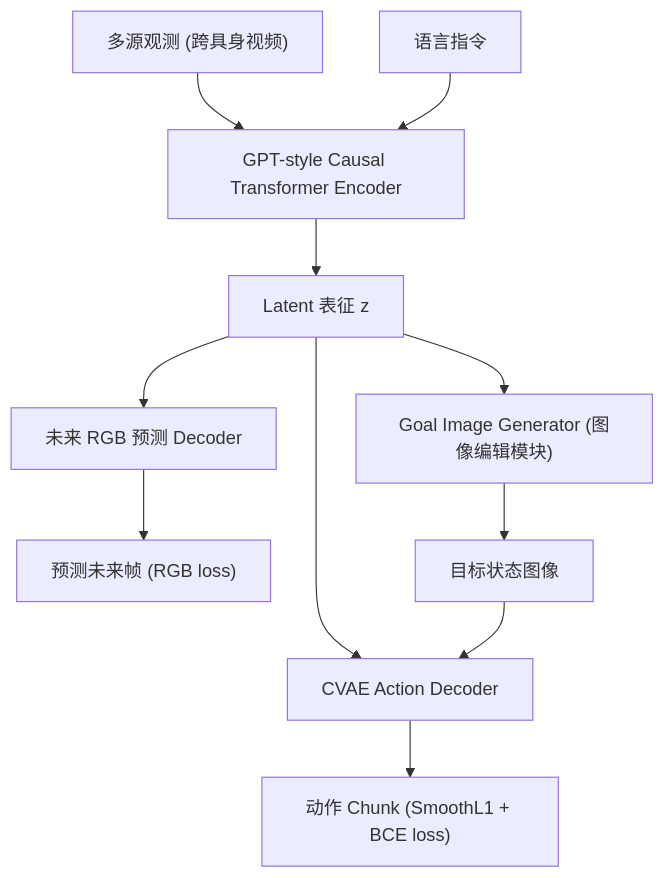
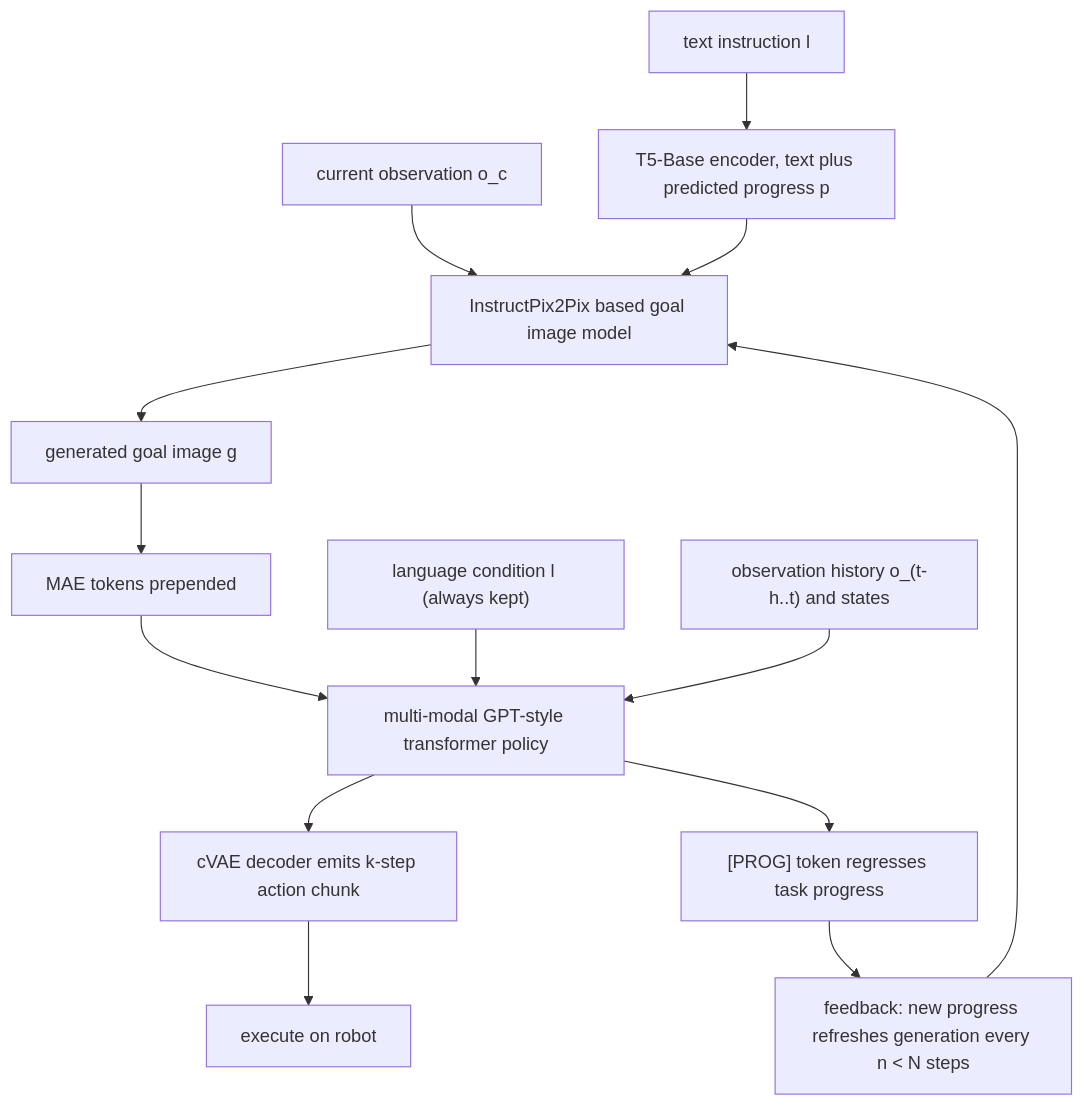
Before and after one commit to luohu-arch/physical_intelligence_study: the diagram in notes/world-model/gr-mg.md, drawn with Mermaid. The commit also changed other lines of this file and 35 other files, not shown here.

````diff
--- a/notes/world-model/gr-mg.md
+++ b/notes/world-model/gr-mg.md
@@ -27,13 +59,16 @@
 ```mermaid
 graph TD
-    OBS["多源观测 (跨具身视频)"] --> ENC["GPT-style Causal Transformer Encoder"]
-    ENC --> Z["Latent 表征 z"]
-    LANG["语言指令"] --> ENC
-    Z --> ACTDEC["CVAE Action Decoder"]
-    Z --> FUTUREDEC["未来 RGB 预测 Decoder"]
-    Z --> GOALDEC["Goal Image Generator (图像编辑模块)"]
-    ACTDEC --> ACTCHUNK["动作 Chunk (SmoothL1 + BCE loss)"]
-    FUTUREDEC --> FUTURE["预测未来帧 (RGB loss)"]
-    GOALDEC --> GOAL["目标状态图像"]
-    GOAL --> ACTDEC
+    TXT["text instruction l"] --> ENC["T5-Base encoder, text plus predicted progress p"]
+    OBS["current observation o_c"] --> GEN["InstructPix2Pix based goal image model"]
+    ENC --> GEN
+    GEN --> GOAL["generated goal image g"]
+    GOAL --> TOK["MAE tokens prepended"]
+    TOK --> POL["multi-modal GPT-style transformer policy"]
+    LANG["language condition l (always kept)"] --> POL
+    OBSH["observation history o_(t-h..t) and states"] --> POL
+    POL --> ACT["cVAE decoder emits k-step action chunk"]
+    POL --> PROGT["[PROG] token regresses task progress"]
+    PROGT --> LOOP["feedback: new progress refreshes generation every n < N steps"]
+    LOOP --> GEN
+    ACT --> ROBOT["execute on robot"]
 ```
````
